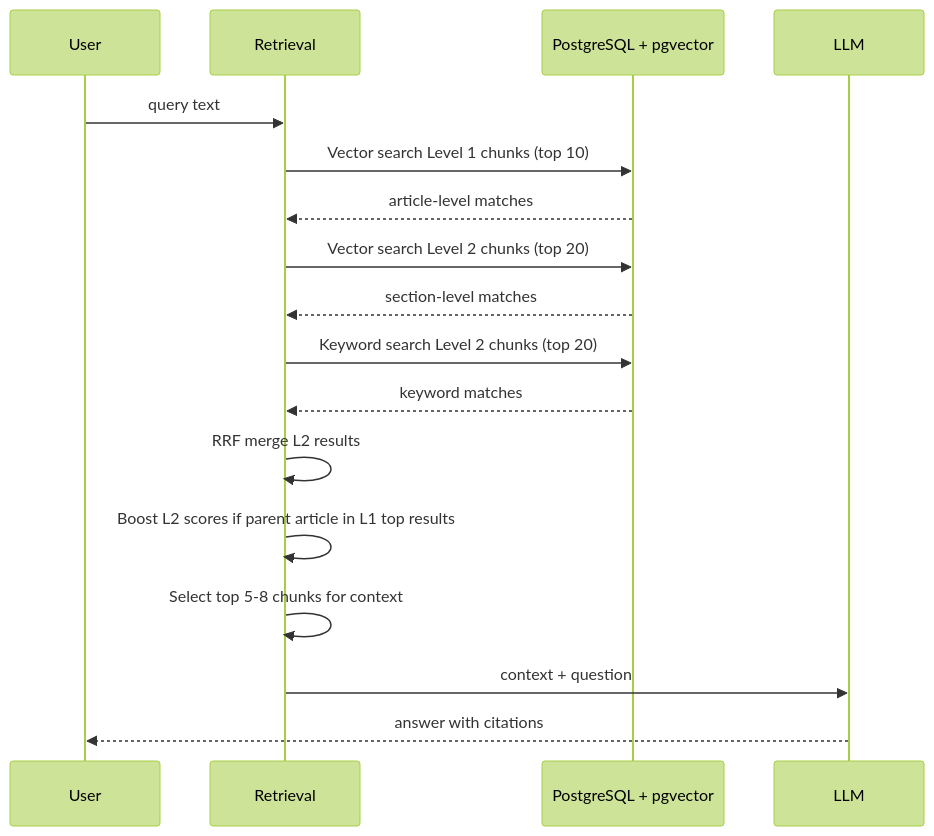
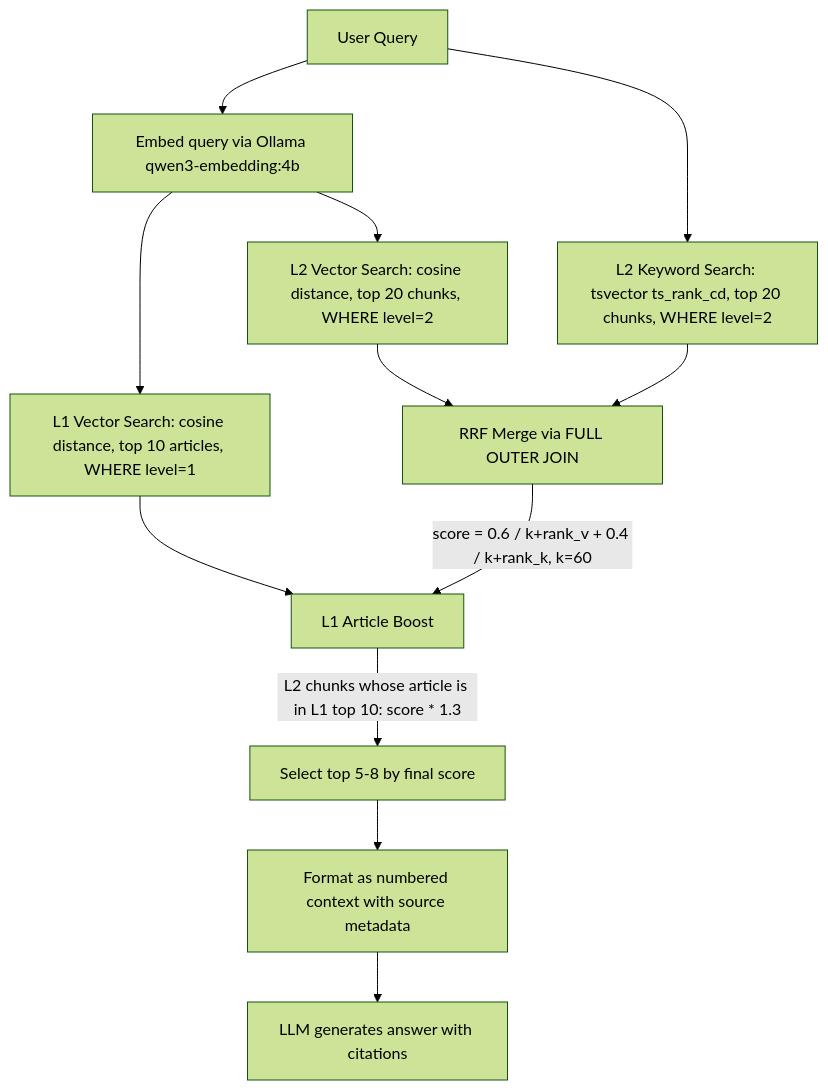
The second of 2 diagrams in docs/decisions/0006-embedding-model-and-chunking-strategy.md (alan3078/tke-rag-chatbot), drawn with Mermaid (forest theme) before and after one commit. The commit also changed other lines of this file and 58 other files, not shown here.

````diff
--- a/docs/decisions/0006-embedding-model-and-chunking-strategy.md
+++ b/docs/decisions/0006-embedding-model-and-chunking-strategy.md
@@ -146,20 +198,17 @@
 ```mermaid
-sequenceDiagram
-    participant User
-    participant Retrieval
-    participant VectorDB as PostgreSQL + pgvector
-    participant LLM
+flowchart TD
+    Q["User Query"] --> E["Embed query via Ollama qwen3-embedding:4b"]
+    E --> L1["L1 Vector Search: cosine distance, top 10 articles, WHERE level=1"]
+    E --> L2V["L2 Vector Search: cosine distance, top 20 chunks, WHERE level=2"]
+    Q --> L2K["L2 Keyword Search: tsvector ts_rank_cd, top 20 chunks, WHERE level=2"]
 
-    User->>Retrieval: query text
-    Retrieval->>VectorDB: Vector search Level 1 chunks (top 10)
-    VectorDB-->>Retrieval: article-level matches
-    Retrieval->>VectorDB: Vector search Level 2 chunks (top 20)
-    VectorDB-->>Retrieval: section-level matches
-    Retrieval->>VectorDB: Keyword search Level 2 chunks (top 20)
-    VectorDB-->>Retrieval: keyword matches
-    Retrieval->>Retrieval: RRF merge L2 results
-    Retrieval->>Retrieval: Boost L2 scores if parent article in L1 top results
-    Retrieval->>Retrieval: Select top 5-8 chunks for context
-    Retrieval->>LLM: context + question
-    LLM-->>User: answer with citations
+    L2V --> RRF["RRF Merge via FULL OUTER JOIN"]
+    L2K --> RRF
+
+    RRF --> |"score = 0.6 / k+rank_v + 0.4 / k+rank_k, k=60"| BOOST
+    L1 --> BOOST["L1 Article Boost"]
+    BOOST --> |"L2 chunks whose article is in L1 top 10: score * 1.3"| TOP["Select top 5-8 by final score"]
+
+    TOP --> CTX["Format as numbered context with source metadata"]
+    CTX --> LLM["LLM generates answer with citations"]
 ```
````
